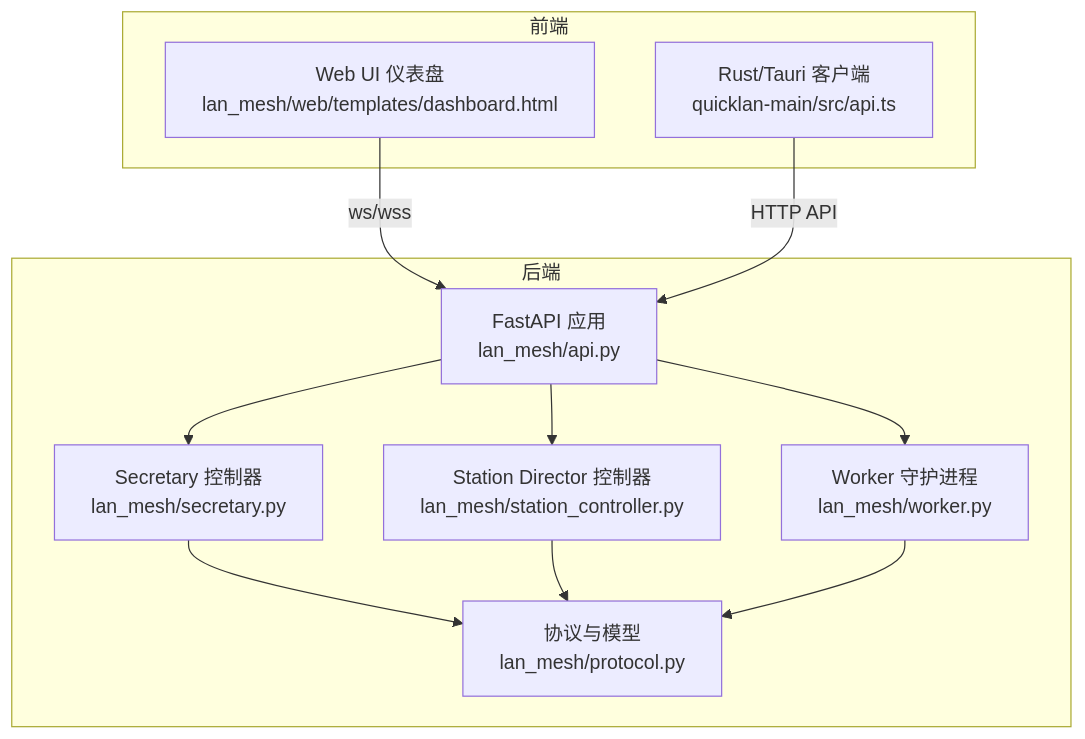
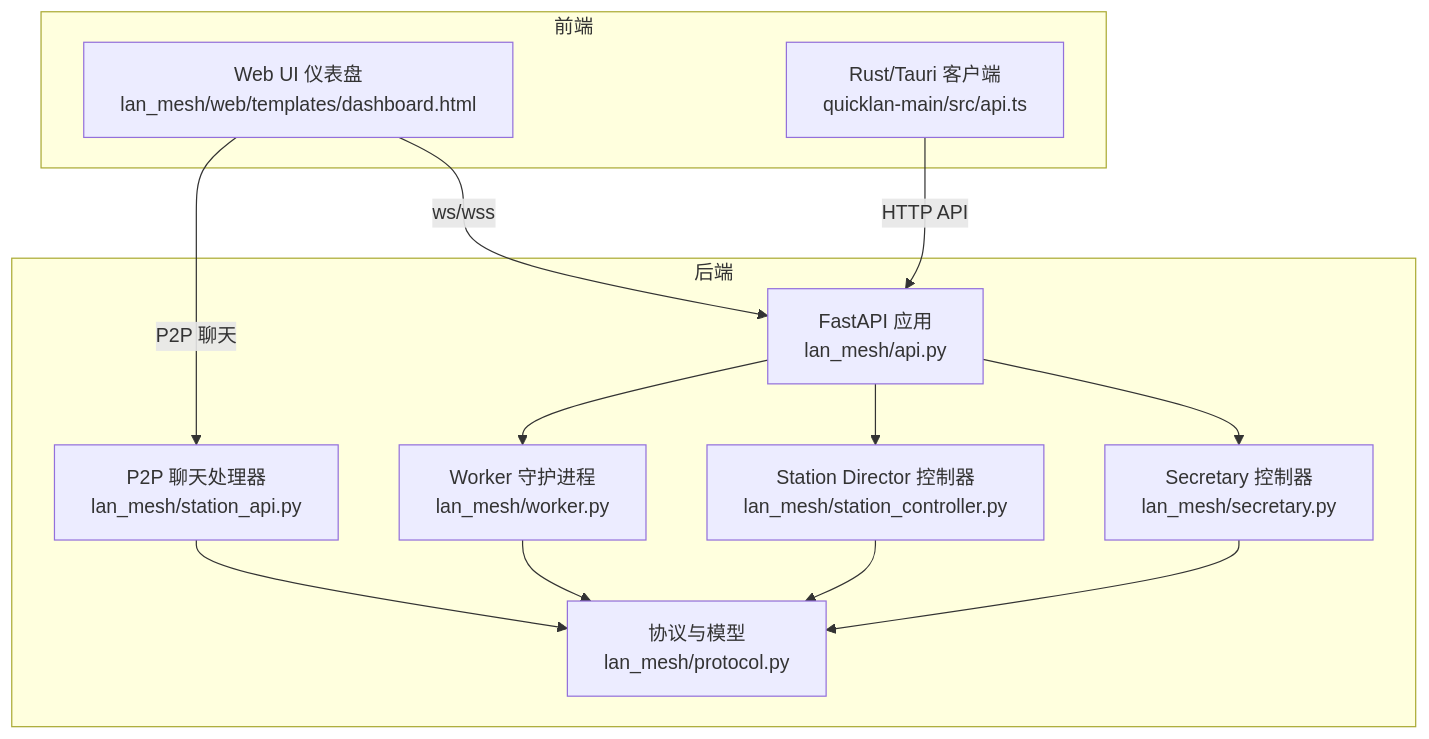
The first of 4 diagrams in .qoder/repowiki/zh/content/WebSocket 实时通信.md (targalian/Personal-distributed-workstation), drawn with Mermaid before and after one commit. The commit also changed other lines of this file and 145 other files, not shown here.

````diff
--- a/.qoder/repowiki/zh/content/WebSocket 实时通信.md
+++ b/.qoder/repowiki/zh/content/WebSocket 实时通信.md
@@ -49,22 +51,25 @@
 ```mermaid
 graph TB
 subgraph "后端"
 A["FastAPI 应用<br/>lan_mesh/api.py"]
 B["Secretary 控制器<br/>lan_mesh/secretary.py"]
 C["Station Director 控制器<br/>lan_mesh/station_controller.py"]
 D["Worker 守护进程<br/>lan_mesh/worker.py"]
 E["协议与模型<br/>lan_mesh/protocol.py"]
+F["P2P 聊天处理器<br/>lan_mesh/station_api.py"]
 end
 subgraph "前端"
-F["Web UI 仪表盘<br/>lan_mesh/web/templates/dashboard.html"]
-G["Rust/Tauri 客户端<br/>quicklan-main/src/api.ts"]
+G["Web UI 仪表盘<br/>lan_mesh/web/templates/dashboard.html"]
+H["Rust/Tauri 客户端<br/>quicklan-main/src/api.ts"]
 end
 A --> B
 A --> C
 A --> D
 B --> E
 C --> E
 D --> E
-F --> |"ws/wss"| A
-G --> |"HTTP API"| A
+F --> E
+G --> |"ws/wss"| A
+G --> |"P2P 聊天"| F
+H --> |"HTTP API"| A
 ```
````
